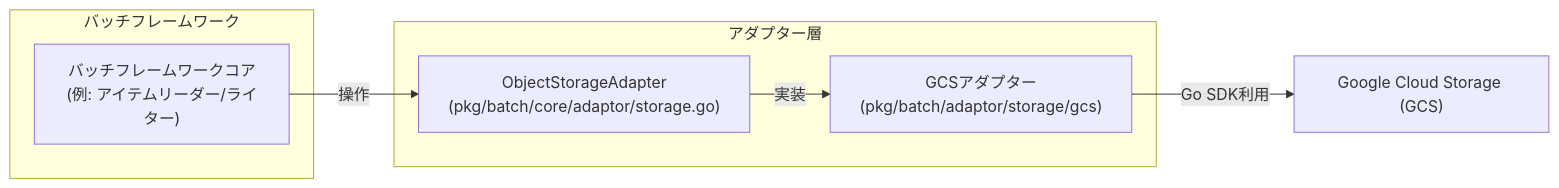
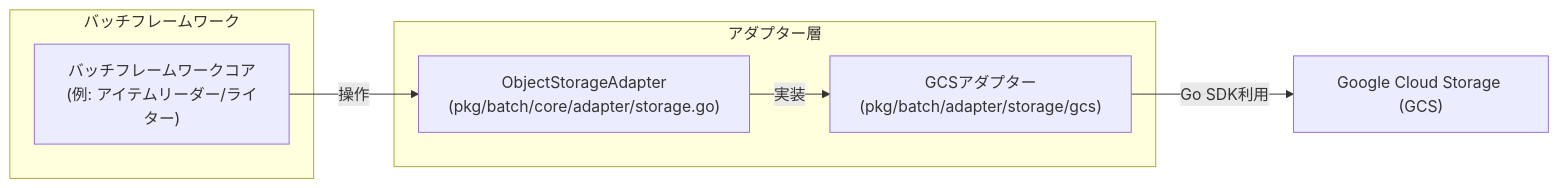
One commit to tigerroll/surfin changed the diagram in docs/strategy/gcs_storage_adapter_design.md. Above: the diagram before and after it, drawn with Mermaid. The commit also changed other lines of this file and 48 other files, not shown here.

Commit message:
refactor: rename adaptor to adapter.

````diff
--- a/docs/strategy/gcs_storage_adapter_design.md
+++ b/docs/strategy/gcs_storage_adapter_design.md
@@ -28,17 +28,17 @@
 ```mermaid
 graph LR
     subgraph "バッチフレームワーク"
         A["バッチフレームワークコア<br>(例: アイテムリーダー/ライター)"]
     end
 
     subgraph "アダプター層"
-        B["ObjectStorageAdapter<br>(pkg/batch/core/adaptor/storage.go)"]
-        C["GCSアダプター<br>(pkg/batch/adaptor/storage/gcs)"]
+        B["ObjectStorageAdapter<br>(pkg/batch/core/adapter/storage.go)"]
+        C["GCSアダプター<br>(pkg/batch/adapter/storage/gcs)"]
     end
 
     D["Google Cloud Storage (GCS)"]
 
     A -- 操作 --> B
     B -- 実装 --> C
     C -- "Go SDK利用" --> D
 ```
````
